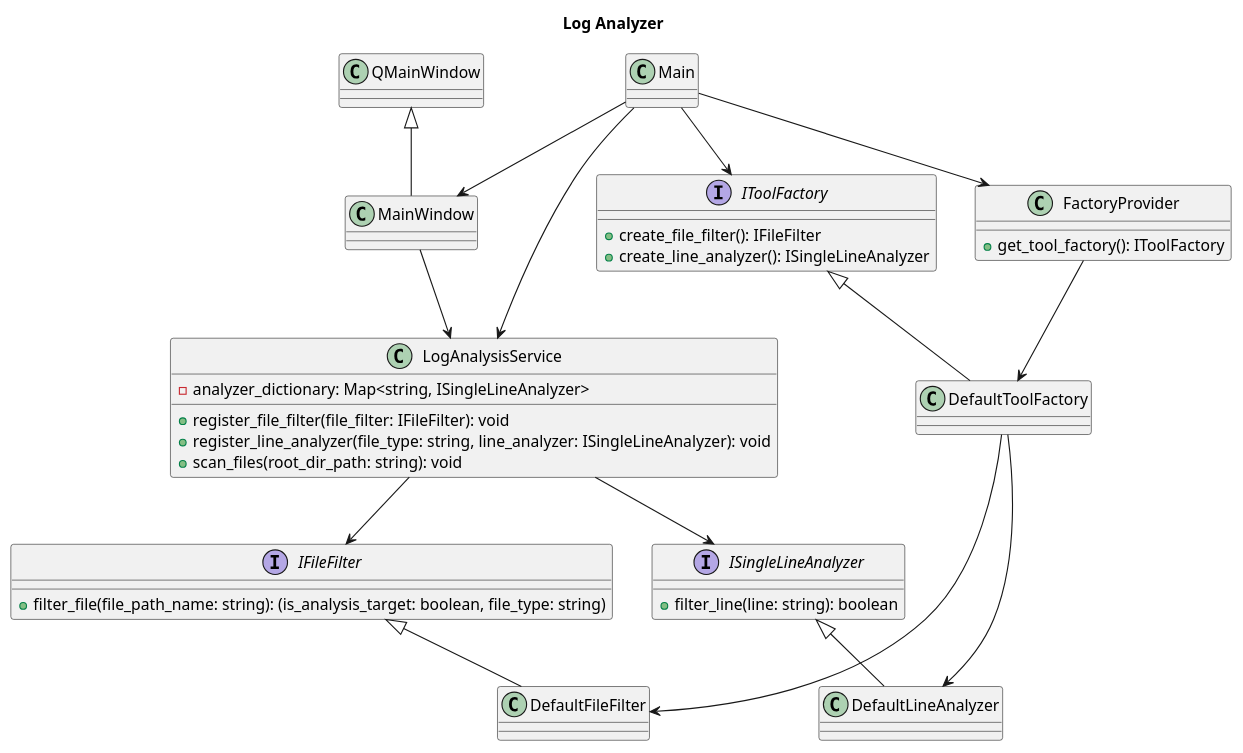
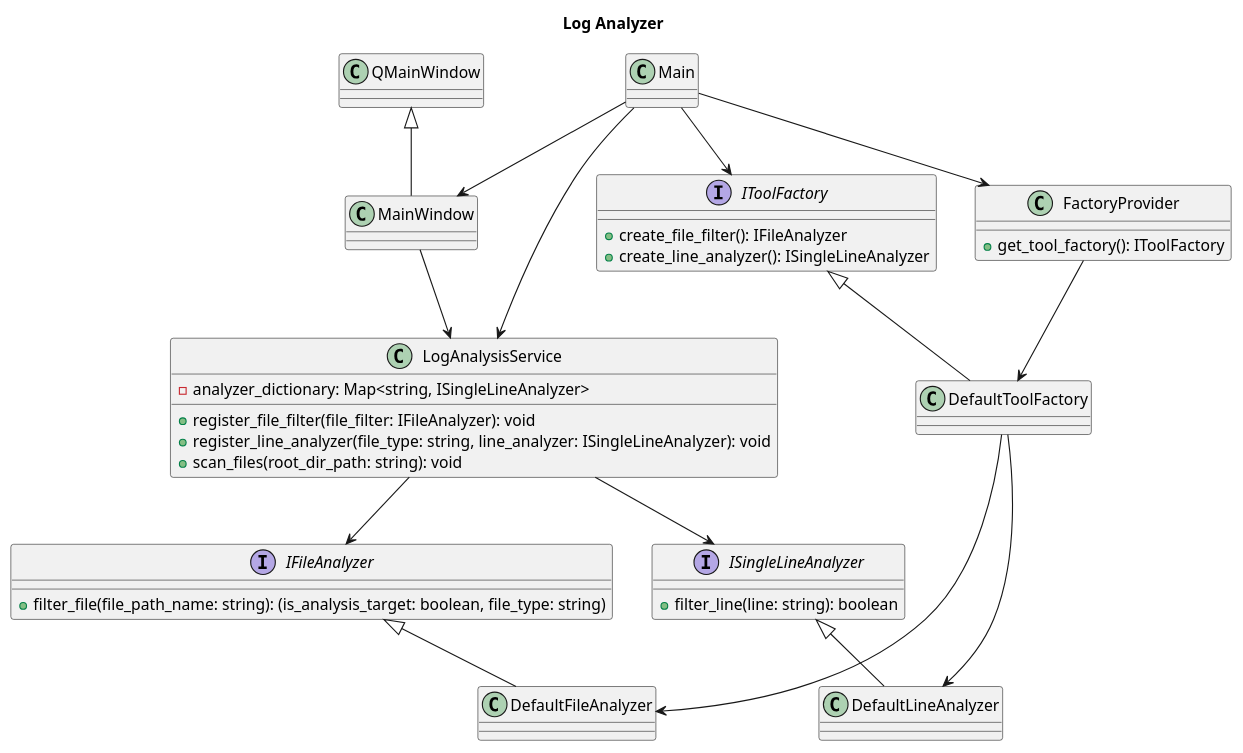
The diagram in doc/log_analyzer.puml (Takayoshi-Matsuyama/log_analyzer), drawn with PlantUML before and after one commit.

Commit message:
Updated - class diagram

```diff
--- a/doc/log_analyzer.puml
+++ b/doc/log_analyzer.puml
@@ -1,82 +1,82 @@
 @startuml log_analyzer
 
 'Copyright 2026 Takayoshi Matsuyama
 '
 'Licensed under the Apache License, Version 2.0 (the "License");
 'you may not use this file except in compliance with the License.
 'You may obtain a copy of the License at
 '
 '    http://www.apache.org/licenses/LICENSE-2.0
 '
 'Unless required by applicable law or agreed to in writing, software
 'distributed under the License is distributed on an "AS IS" BASIS,
 'WITHOUT WARRANTIES OR CONDITIONS OF ANY KIND, either express or implied.
 'See the License for the specific language governing permissions and
 'limitations under the License.
 
 title Log Analyzer
 
-interface IFileFilter
+interface IFileAnalyzer
 {
     +filter_file(file_path_name: string): (is_analysis_target: boolean, file_type: string)
 }
 
-class DefaultFileFilter {}
+class DefaultFileAnalyzer {}
 
-IFileFilter <|-- DefaultFileFilter
+IFileAnalyzer <|-- DefaultFileAnalyzer
 
 interface ISingleLineAnalyzer
 {
     +filter_line(line: string): boolean
 }
 
 class DefaultLineAnalyzer {}
 
 ISingleLineAnalyzer <|-- DefaultLineAnalyzer
 
 
 interface IToolFactory
 {
-    +create_file_filter(): IFileFilter
+    +create_file_filter(): IFileAnalyzer
     +create_line_analyzer(): ISingleLineAnalyzer
 }
 
 class DefaultToolFactory {}
 
 IToolFactory <|-- DefaultToolFactory
 
-DefaultToolFactory --> DefaultFileFilter
+DefaultToolFactory --> DefaultFileAnalyzer
 DefaultToolFactory --> DefaultLineAnalyzer
 
 class LogAnalysisService
 {
     -analyzer_dictionary: Map<string, ISingleLineAnalyzer>
-    +register_file_filter(file_filter: IFileFilter): void
+    +register_file_filter(file_filter: IFileAnalyzer): void
     +register_line_analyzer(file_type: string, line_analyzer: ISingleLineAnalyzer): void
     +scan_files(root_dir_path: string): void
 }
 
 class QMainWindow {}
 
 class MainWindow {}
 
 QMainWindow <|-- MainWindow
 
 class FactoryProvider
  {
     +get_tool_factory(): IToolFactory
 }
 
 class Main {}
 
 FactoryProvider --> DefaultToolFactory
 
-LogAnalysisService --> IFileFilter
+LogAnalysisService --> IFileAnalyzer
 LogAnalysisService --> ISingleLineAnalyzer
 Main --> FactoryProvider
 Main --> IToolFactory
 Main --> LogAnalysisService
 Main --> MainWindow
 MainWindow --> LogAnalysisService
 
 @enduml
```
